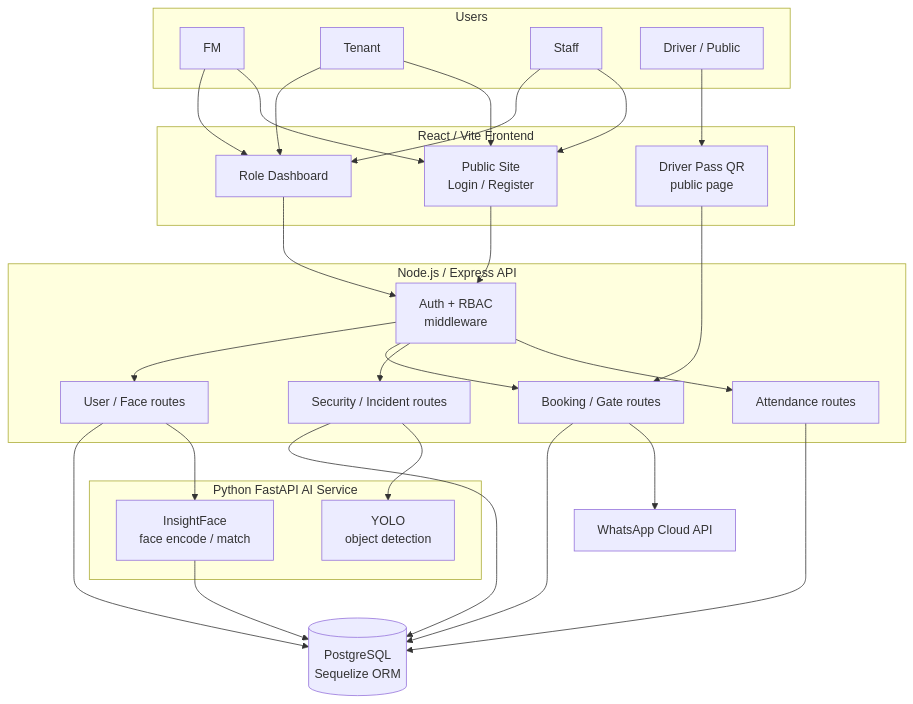
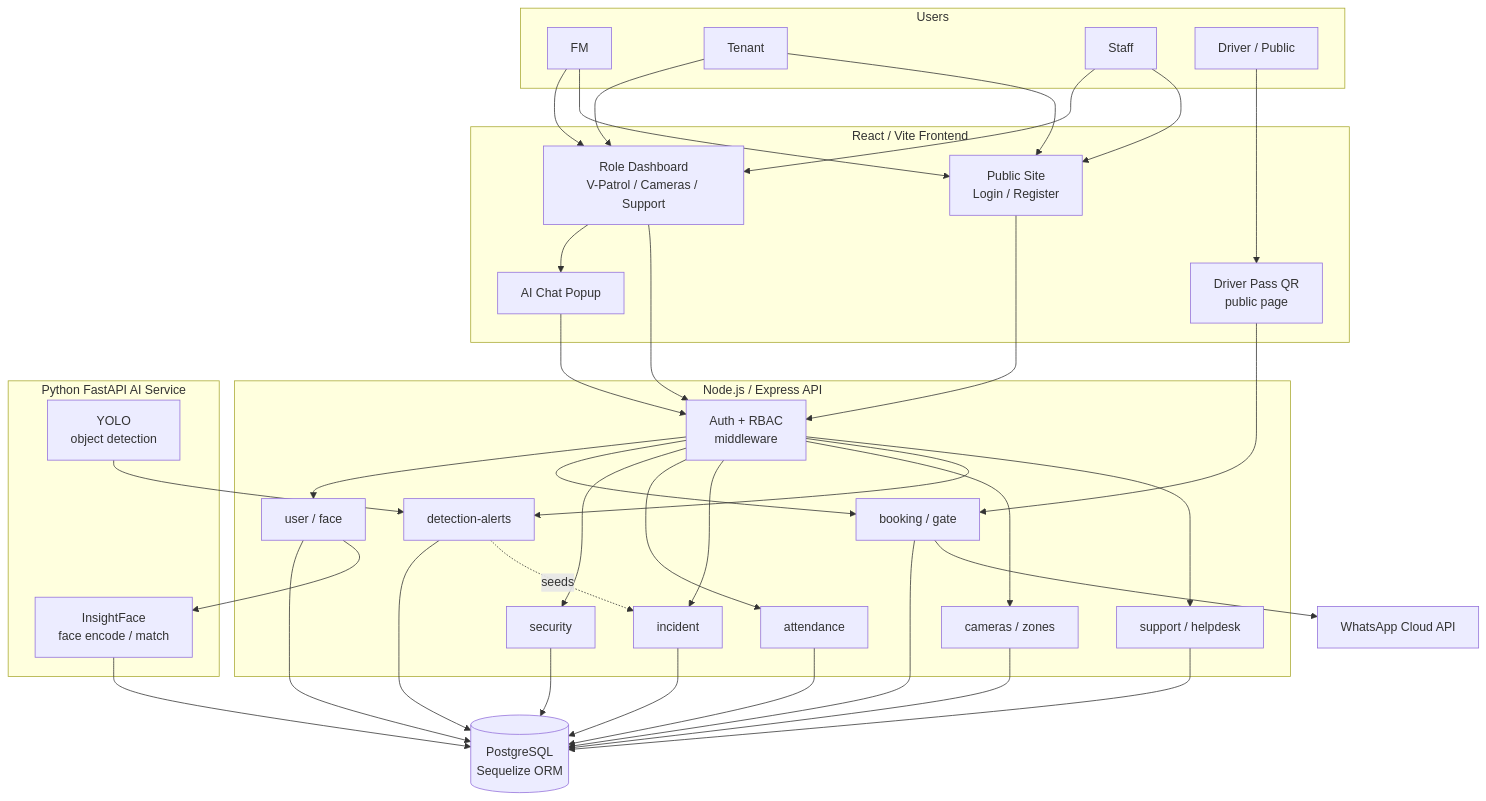
Before and after one commit to keatkean/FlowGuard: the first of 2 diagrams in design/md/architecture-diagram.md, drawn with Mermaid. The commit also changed other lines of this file and 6 other files, not shown here.

Commit message:
updated ER IA png diagrams

````diff
--- a/design/md/architecture-diagram.md
+++ b/design/md/architecture-diagram.md
@@ -3,62 +3,78 @@
 ```mermaid
 ---
-id: 67b5301b-fe20-49b2-8842-b69a85537cce
+id: 3914ca35-4d6f-465e-851d-4a9f1f605395
 ---
 flowchart TB
   subgraph Users
     FM[FM]
     TEN[Tenant]
     STF[Staff]
     DRV[Driver / Public]
   end
 
   subgraph Frontend[React / Vite Frontend]
     PUB[Public Site<br/>Login / Register]
-    DASH[Role Dashboard]
+    DASH[Role Dashboard<br/>V-Patrol / Cameras / Support]
     QRP[Driver Pass QR<br/>public page]
+    CHAT[AI Chat Popup]
   end
 
   subgraph Backend[Node.js / Express API]
     AUTH[Auth + RBAC<br/>middleware]
-    UROUTE[User / Face routes]
-    BROUTE[Booking / Gate routes]
-    SROUTE[Security / Incident routes]
-    AROUTE[Attendance routes]
+    UROUTE[user / face]
+    BROUTE[booking / gate]
+    SROUTE[security]
+    AROUTE[attendance]
+    IROUTE[incident]
+    CZROUTE[cameras / zones]
+    DROUTE[detection-alerts]
+    SUPROUTE[support / helpdesk]
   end
 
   DB[(PostgreSQL<br/>Sequelize ORM)]
 
   subgraph AISvc[Python FastAPI AI Service]
     FACE[InsightFace<br/>face encode / match]
     YOLO[YOLO<br/>object detection]
   end
 
   WA[WhatsApp Cloud API]
 
   FM --> DASH
   TEN --> DASH
   STF --> DASH
   DRV --> QRP
   FM --> PUB
   TEN --> PUB
   STF --> PUB
+  DASH --> CHAT
 
   PUB --> AUTH
   DASH --> AUTH
+  CHAT --> AUTH
   QRP --> BROUTE
 
   AUTH --> UROUTE
   AUTH --> BROUTE
   AUTH --> SROUTE
   AUTH --> AROUTE
+  AUTH --> IROUTE
+  AUTH --> CZROUTE
+  AUTH --> DROUTE
+  AUTH --> SUPROUTE
 
   UROUTE --> DB
   BROUTE --> DB
   SROUTE --> DB
   AROUTE --> DB
+  IROUTE --> DB
+  CZROUTE --> DB
+  DROUTE --> DB
+  SUPROUTE --> DB
 
   UROUTE --> FACE
-  SROUTE --> YOLO
+  YOLO --> DROUTE
+  DROUTE -.seeds.-> IROUTE
   BROUTE --> WA
   FACE --> DB
 ```
````
